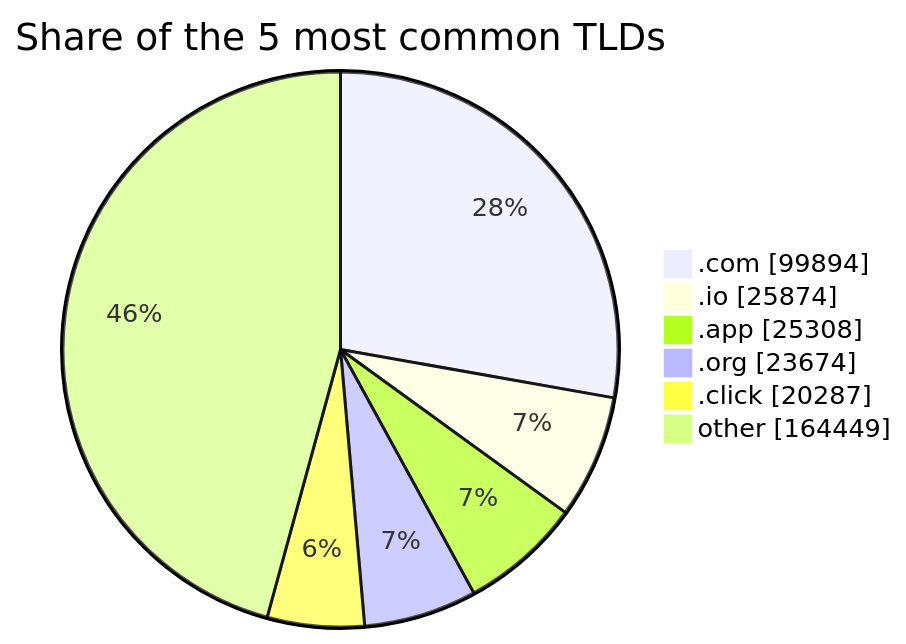
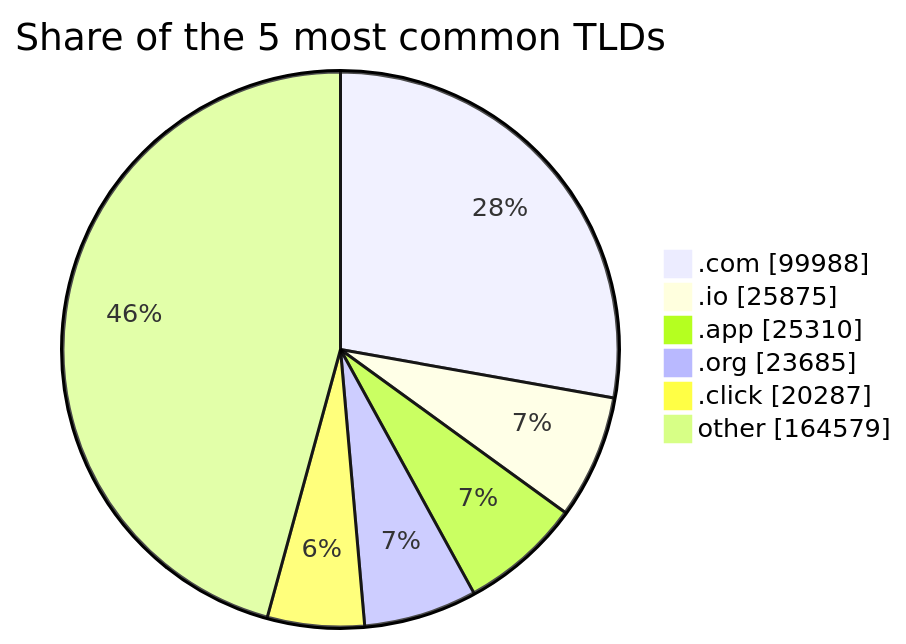
One commit to DNSBunker/CTI changed the third of 3 diagrams in README.md. Above: the diagram before and after it, drawn with Mermaid. The commit also changed other lines of this file and 3 other files, not shown here.

````diff
--- a/README.md
+++ b/README.md
@@ -81,9 +81,9 @@
 ```mermaid
 pie showData title Share of the 5 most common TLDs
-    ".com" : 99894
-    ".io" : 25874
-    ".app" : 25308
-    ".org" : 23674
+    ".com" : 99988
+    ".io" : 25875
+    ".app" : 25310
+    ".org" : 23685
     ".click" : 20287
-    "other" : 164449
+    "other" : 164579
 ```
````
